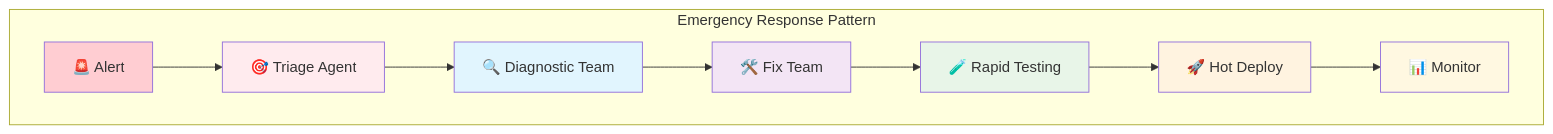
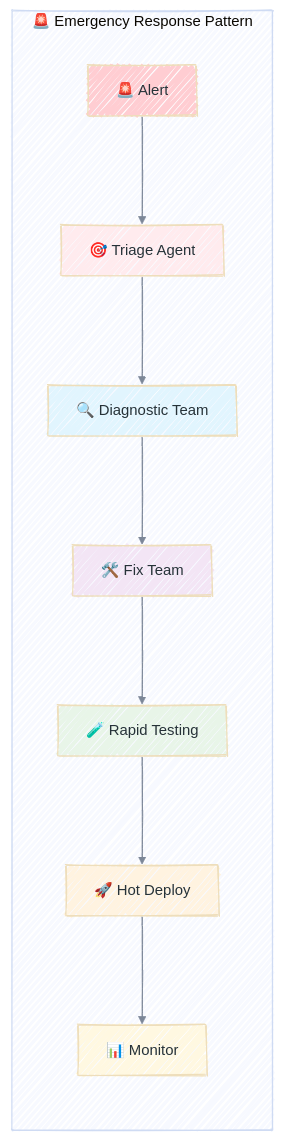
Before and after one commit to enogrob/enogrob.github.io: the eighth of 16 diagrams in _posts/2025-06-29-claudeonrails-ai-powered-rails-development-swarm.md, drawn with Mermaid. The commit also changed other lines of this file and 12 other files, not shown here.

````diff
--- a/_posts/2025-06-29-claudeonrails-ai-powered-rails-development-swarm.md
+++ b/_posts/2025-06-29-claudeonrails-ai-powered-rails-development-swarm.md
@@ -296,19 +303,20 @@
 ```mermaid!
-graph 
-    subgraph "Emergency Response Pattern"
+%%{init: {"theme": "base", "look": "handDrawn", "themeVariables": {"fontFamily": "ui-sans-serif, system-ui, sans-serif", "lineColor": "#7c8798", "primaryTextColor": "#263238"}, "flowchart": {"nodeSpacing": 55, "rankSpacing": 90}}}%%
+flowchart LR
+    subgraph Emergency["🚨 Emergency Response Pattern"]
         A["🚨 Alert"] --> B["🎯 Triage Agent"]
         B --> C["🔍 Diagnostic Team"]
         C --> D["🛠️ Fix Team"]
         D --> E["🧪 Rapid Testing"]
         E --> F["🚀 Hot Deploy"]
         F --> G["📊 Monitor"]
     end
     
     style A fill:#ffcdd2
     style B fill:#ffebee
     style C fill:#e1f5fe
     style D fill:#f3e5f5
     style E fill:#e8f5e8
     style F fill:#fff3e0
     style G fill:#fff8e1
 ```
````
